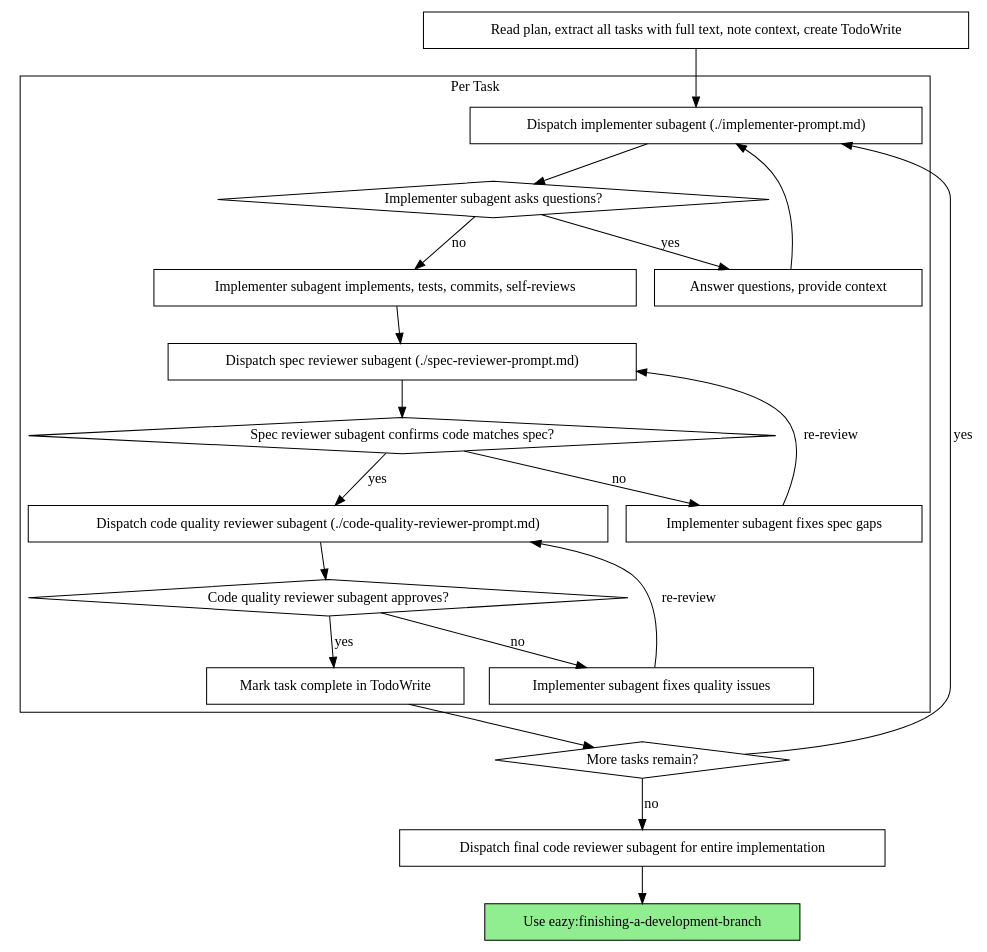
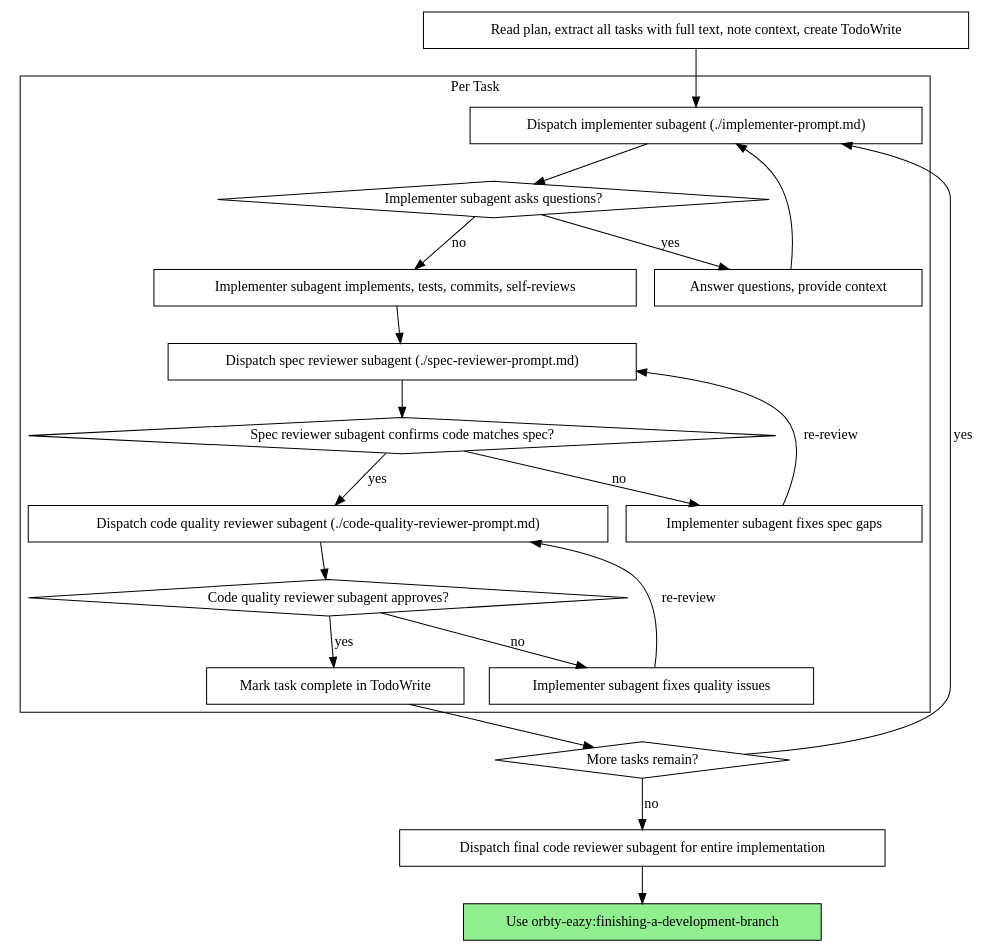
One commit to orbtyapp/orbty-eazy changed the second of 2 diagrams in skills/subagent-driven-development/SKILL.md. Above: the diagram before and after it, drawn with Graphviz. The commit also changed other lines of this file and 34 other files, not shown here.

First line of the commit message:
refactor: rename eazy to orbty-eazy

````diff
--- a/skills/subagent-driven-development/SKILL.md
+++ b/skills/subagent-driven-development/SKILL.md
@@ -40,44 +40,44 @@
 ```dot
 digraph process {
     rankdir=TB;
 
     subgraph cluster_per_task {
         label="Per Task";
         "Dispatch implementer subagent (./implementer-prompt.md)" [shape=box];
         "Implementer subagent asks questions?" [shape=diamond];
         "Answer questions, provide context" [shape=box];
         "Implementer subagent implements, tests, commits, self-reviews" [shape=box];
         "Dispatch spec reviewer subagent (./spec-reviewer-prompt.md)" [shape=box];
         "Spec reviewer subagent confirms code matches spec?" [shape=diamond];
         "Implementer subagent fixes spec gaps" [shape=box];
         "Dispatch code quality reviewer subagent (./code-quality-reviewer-prompt.md)" [shape=box];
         "Code quality reviewer subagent approves?" [shape=diamond];
         "Implementer subagent fixes quality issues" [shape=box];
         "Mark task complete in TodoWrite" [shape=box];
     }
 
     "Read plan, extract all tasks with full text, note context, create TodoWrite" [shape=box];
     "More tasks remain?" [shape=diamond];
     "Dispatch final code reviewer subagent for entire implementation" [shape=box];
-    "Use eazy:finishing-a-development-branch" [shape=box style=filled fillcolor=lightgreen];
+    "Use orbty-eazy:finishing-a-development-branch" [shape=box style=filled fillcolor=lightgreen];
 
     "Read plan, extract all tasks with full text, note context, create TodoWrite" -> "Dispatch implementer subagent (./implementer-prompt.md)";
     "Dispatch implementer subagent (./implementer-prompt.md)" -> "Implementer subagent asks questions?";
     "Implementer subagent asks questions?" -> "Answer questions, provide context" [label="yes"];
     "Answer questions, provide context" -> "Dispatch implementer subagent (./implementer-prompt.md)";
     "Implementer subagent asks questions?" -> "Implementer subagent implements, tests, commits, self-reviews" [label="no"];
     "Implementer subagent implements, tests, commits, self-reviews" -> "Dispatch spec reviewer subagent (./spec-reviewer-prompt.md)";
     "Dispatch spec reviewer subagent (./spec-reviewer-prompt.md)" -> "Spec reviewer subagent confirms code matches spec?";
     "Spec reviewer subagent confirms code matches spec?" -> "Implementer subagent fixes spec gaps" [label="no"];
     "Implementer subagent fixes spec gaps" -> "Dispatch spec reviewer subagent (./spec-reviewer-prompt.md)" [label="re-review"];
     "Spec reviewer subagent confirms code matches spec?" -> "Dispatch code quality reviewer subagent (./code-quality-reviewer-prompt.md)" [label="yes"];
     "Dispatch code quality reviewer subagent (./code-quality-reviewer-prompt.md)" -> "Code quality reviewer subagent approves?";
     "Code quality reviewer subagent approves?" -> "Implementer subagent fixes quality issues" [label="no"];
     "Implementer subagent fixes quality issues" -> "Dispatch code quality reviewer subagent (./code-quality-reviewer-prompt.md)" [label="re-review"];
     "Code quality reviewer subagent approves?" -> "Mark task complete in TodoWrite" [label="yes"];
     "Mark task complete in TodoWrite" -> "More tasks remain?";
     "More tasks remain?" -> "Dispatch implementer subagent (./implementer-prompt.md)" [label="yes"];
     "More tasks remain?" -> "Dispatch final code reviewer subagent for entire implementation" [label="no"];
-    "Dispatch final code reviewer subagent for entire implementation" -> "Use eazy:finishing-a-development-branch";
+    "Dispatch final code reviewer subagent for entire implementation" -> "Use orbty-eazy:finishing-a-development-branch";
 }
 ```
````
